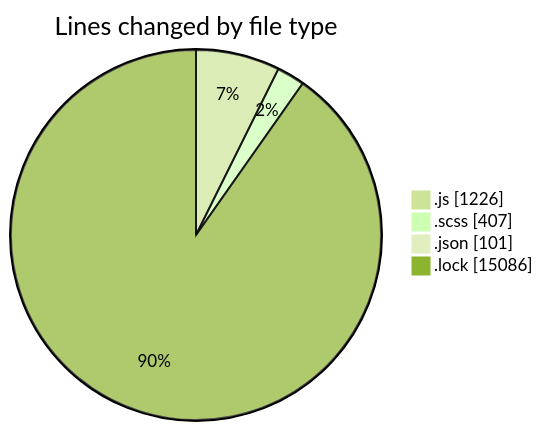
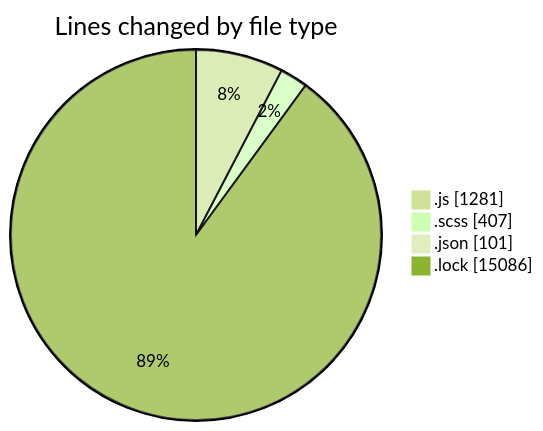
Before and after one commit to momahboobian/code-tracking: the first of 2 diagrams in 2026-01-05/cda/README.md, drawn with Mermaid (forest theme). The commit also changed other lines of this file and 1 other file, not shown here.

````diff
--- a/2026-01-05/cda/README.md
+++ b/2026-01-05/cda/README.md
@@ -33,8 +34,8 @@
 ```mermaid
 pie showData
 title Lines changed by file type
-".js" : 1226
+".js" : 1281
 ".scss" : 407
 ".json" : 101
 ".lock" : 15086
 ```
````
